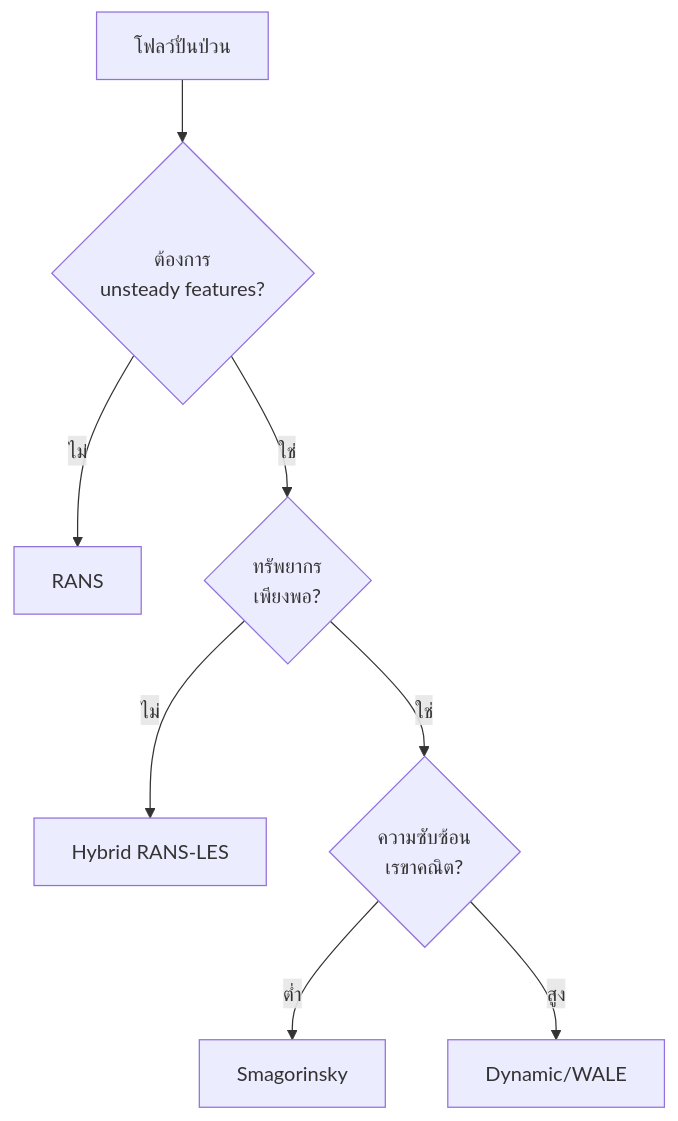
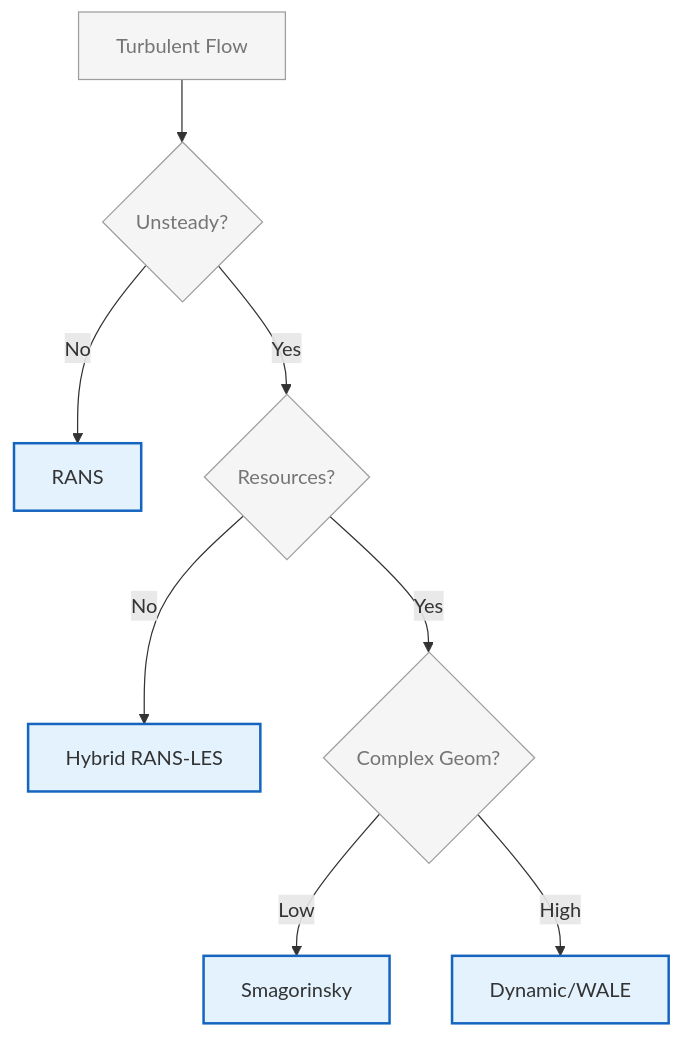
One commit to wramet/build-my-cfd changed the second of 2 diagrams in MODULE_03_SINGLE_PHASE_FLOW/CONTENT/03_TURBULENCE_MODELING/04_LES_Fundamentals.md. Above: the diagram before and after it, drawn with Mermaid. The commit also changed other lines of this file and 313 other files, not shown here.

Commit message:
Revise all diagram

````diff
--- a/MODULE_03_SINGLE_PHASE_FLOW/CONTENT/03_TURBULENCE_MODELING/04_LES_Fundamentals.md
+++ b/MODULE_03_SINGLE_PHASE_FLOW/CONTENT/03_TURBULENCE_MODELING/04_LES_Fundamentals.md
@@ -878,10 +883,15 @@
 ```mermaid
 flowchart TD
-    A[โฟลว์ปั่นป่วน] --> B{ต้องการ<br/>unsteady features?}
-    B -->|ไม่| C[RANS]
-    B -->|ใช่| D{ทรัพยากร<br/>เพียงพอ?}
-    D -->|ไม่| E[Hybrid RANS-LES]
-    D -->|ใช่| F{ความซับซ้อน<br/>เรขาคณิต?}
-    F -->|ต่ำ| G[Smagorinsky]
-    F -->|สูง| H[Dynamic/WALE]
+%% Classes
+classDef explicit fill:#fff3e0,stroke:#e65100,stroke-width:2px;
+classDef implicit fill:#e3f2fd,stroke:#1565c0,stroke-width:2px;
+classDef context fill:#f5f5f5,stroke:#9e9e9e,stroke-width:1px,color:#757575;
+%% Nodes
+A[Turbulent Flow]:::context --> B{Unsteady?}:::context
+B -->|No| C[RANS]:::implicit
+B -->|Yes| D{Resources?}:::context
+D -->|No| E[Hybrid RANS-LES]:::implicit
+D -->|Yes| F{Complex Geom?}:::context
+F -->|Low| G[Smagorinsky]:::implicit
+F -->|High| H[Dynamic/WALE]:::implicit
 ```
````
